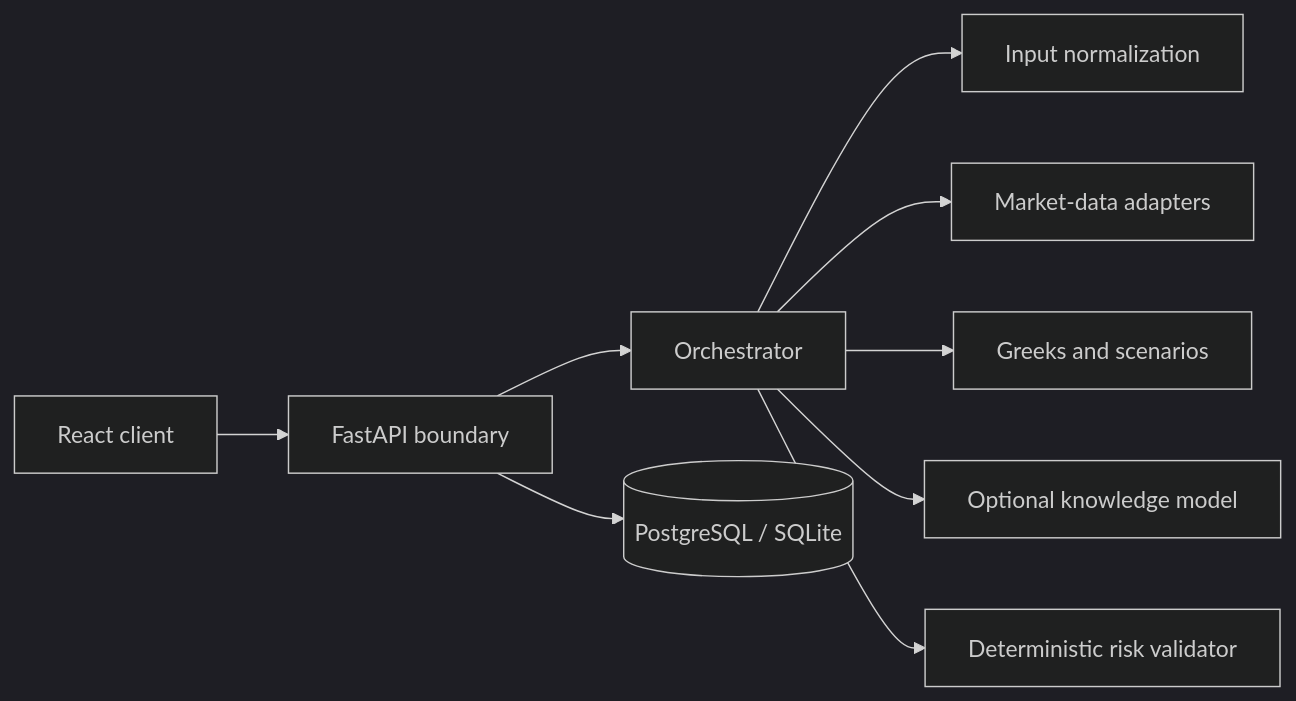
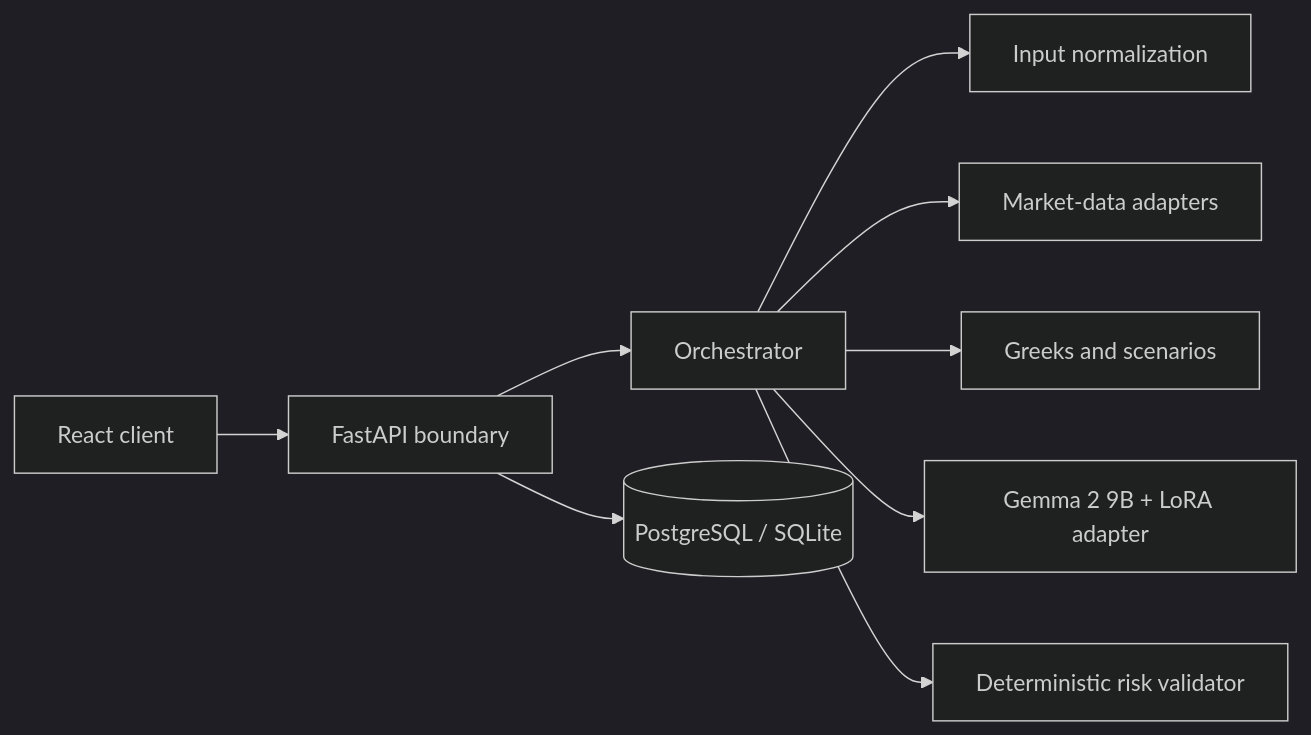
The diagram in README.md (Jabuelouf/OptionOrchestrator), drawn with Mermaid (dark theme) before and after one commit. The commit also changed other lines of this file and 38 other files, not shown here.

````diff
--- a/README.md
+++ b/README.md
@@ -22,11 +22,11 @@
 ```mermaid
 flowchart LR
     UI[React client] --> API[FastAPI boundary]
     API --> ORCH[Orchestrator]
     ORCH --> INPUT[Input normalization]
     ORCH --> DATA[Market-data adapters]
     ORCH --> ANALYSIS[Greeks and scenarios]
-    ORCH --> KNOWLEDGE[Optional knowledge model]
+    ORCH --> KNOWLEDGE[Gemma 2 9B + LoRA adapter]
     ORCH --> VALIDATOR[Deterministic risk validator]
     API --> DB[(PostgreSQL / SQLite)]
 ```
````
